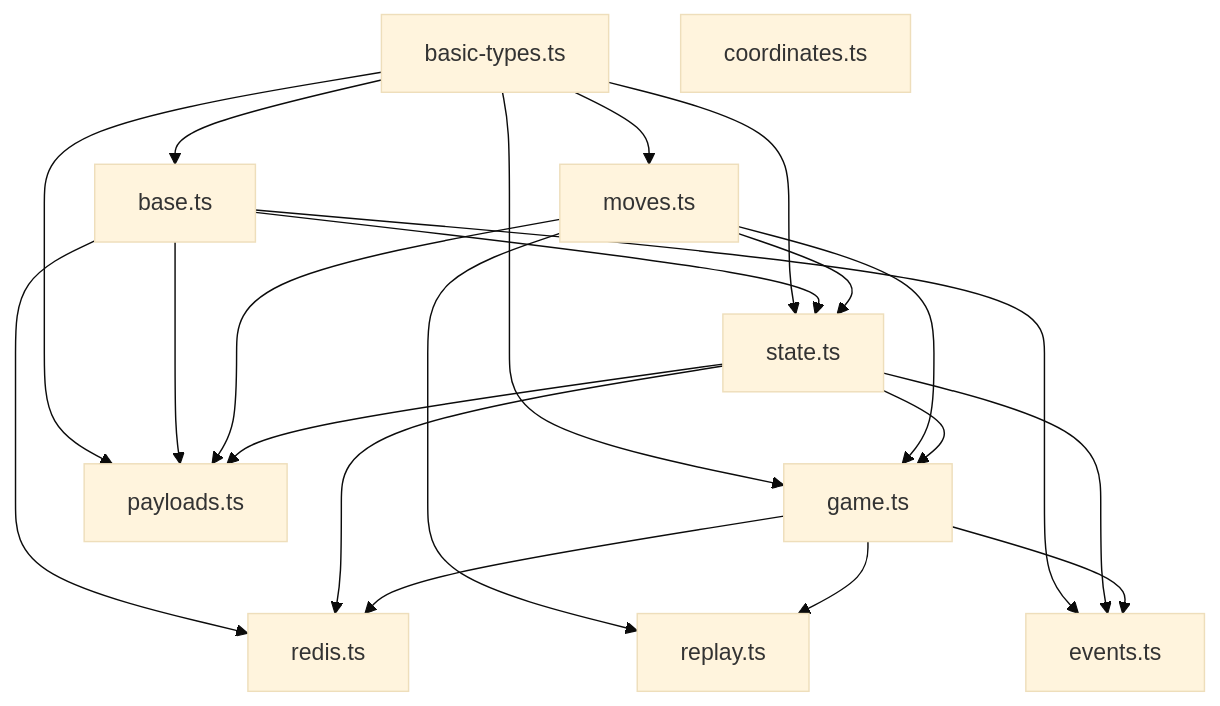
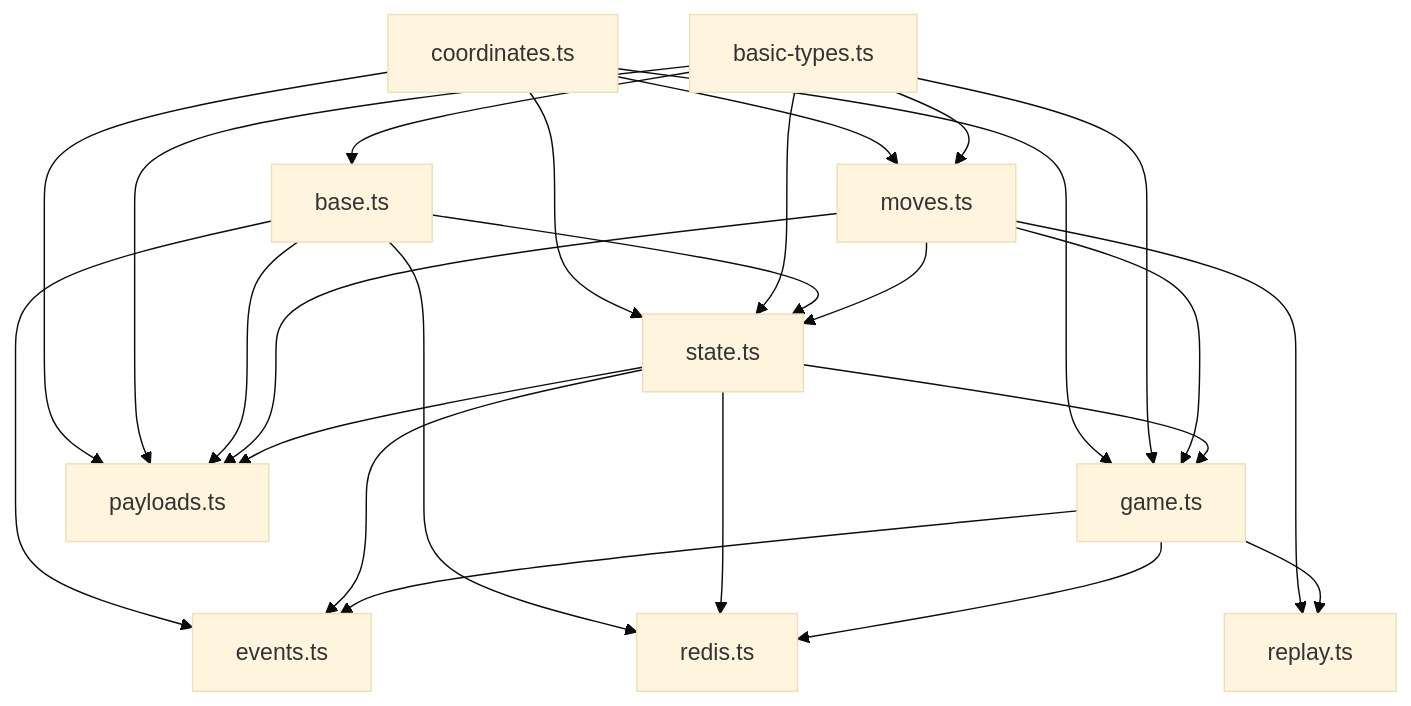
The first of 9 diagrams in docs/TYPE_DEPENDENCIES.md (vcb88/ctorgame), drawn with Mermaid (base theme) before and after one commit. The commit also changed other lines of this file, not shown here.

Commit message:
docs: fix coordinates.ts dependencies in type documentation

````diff
--- a/docs/TYPE_DEPENDENCIES.md
+++ b/docs/TYPE_DEPENDENCIES.md
@@ -5,34 +5,38 @@
 ```mermaid
 graph TD
+    coordinates[coordinates.ts]
     basics[basic-types.ts]
     base[base.ts]
     moves[moves.ts]
     state[state.ts]
     game[game.ts]
     events[events.ts]
     payloads[payloads.ts]
-    coordinates[coordinates.ts]
     redis[redis.ts]
     replay[replay.ts]
 
+    coordinates --> state
+    coordinates --> moves
+    coordinates --> game
+    coordinates --> payloads
     basics --> base
     basics --> moves
     basics --> state
     basics --> game
     basics --> payloads
     base --> state
     base --> payloads
     base --> events
     base --> redis
     moves --> state
     moves --> game
     moves --> payloads
     moves --> replay
     state --> game
     state --> payloads
     state --> redis
     state --> events
     game --> redis
     game --> replay
     game --> events
 ```
````
